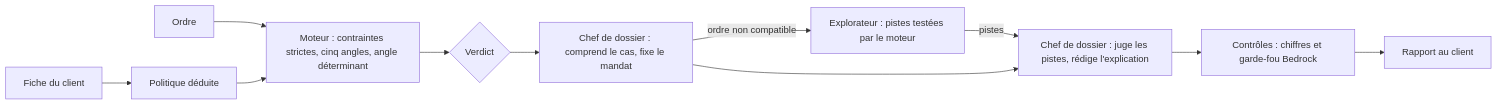
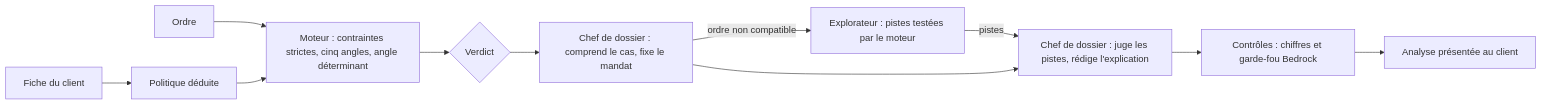
Before and after one commit to rrramoe/garder-le-cap: the first of 2 diagrams in README.md, drawn with Mermaid. The commit also changed other lines of this file, not shown here.

````diff
--- a/README.md
+++ b/README.md
@@ -122,13 +126,13 @@
 ```mermaid
 flowchart LR
     F["Fiche du client"] --> P["Politique déduite"]
     O["Ordre"] --> M
     P --> M["Moteur : contraintes strictes, cinq angles, angle déterminant"]
     M --> V{"Verdict"}
     V --> C["Chef de dossier : comprend le cas, fixe le mandat"]
     C -->|"ordre non compatible"| E["Explorateur : pistes testées par le moteur"]
     E -->|"pistes"| J["Chef de dossier : juge les pistes, rédige l'explication"]
     C --> J
     J --> G["Contrôles : chiffres et garde-fou Bedrock"]
-    G --> R["Rapport au client"]
+    G --> R["Analyse présentée au client"]
 ```
````
